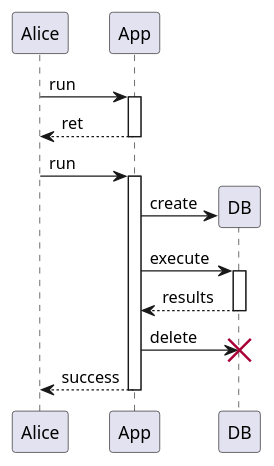
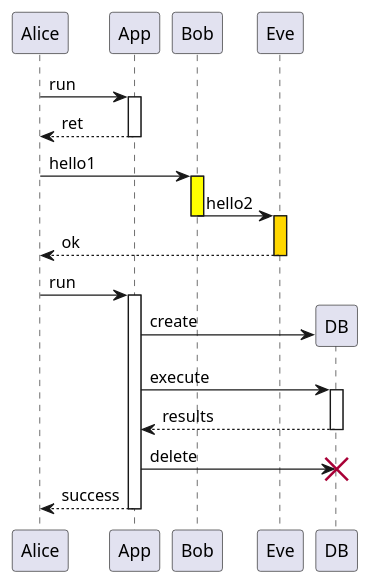
The diagram in src/10-010-0010-分類子の生成／削除.md (yzkn/PlantUML-CheatSheet), drawn with PlantUML before and after one commit.

````diff
--- a/src/10-010-0010-分類子の生成／削除.md
+++ b/src/10-010-0010-分類子の生成／削除.md
@@ -8,23 +8,27 @@
 ```plantuml
 
 @startuml
 
 Alice -> App ++ : run
 App --> Alice -- : ret
+
+Alice ->  Bob ++   #yellow : hello1
+Bob   ->  Eve --++ #gold   : hello2
+Eve   --> Alice --         : ok
 
 Alice -> App ++ : run
 
 App -> DB ** : create
 
 App -> DB : execute
 activate DB
 DB --> App : results
 deactivate DB
 
 App -> DB !! : delete
 
 return success
 
 @enduml
 
 ```
````
